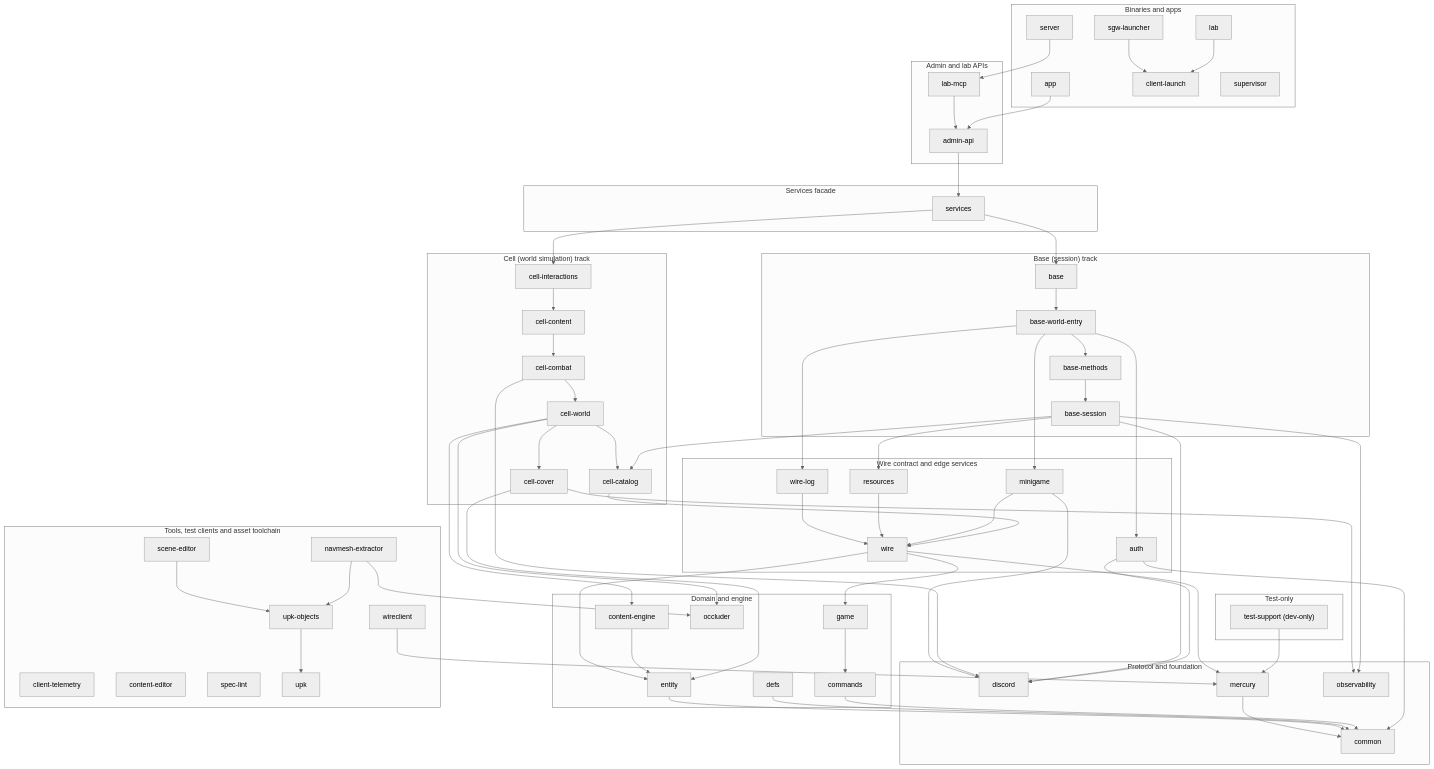
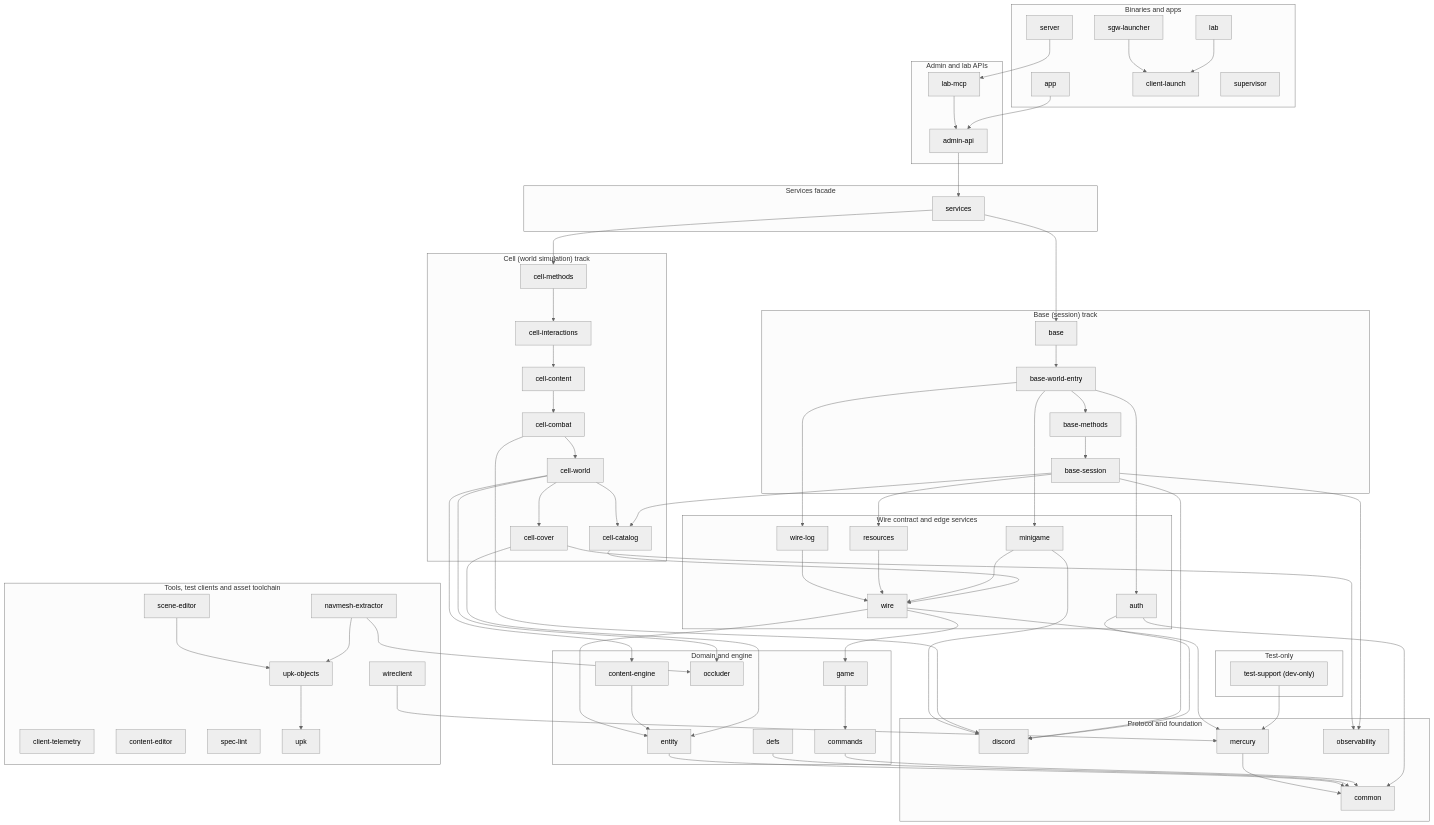
One commit to SandboxServers/Cimmeria changed the diagram in README.md. Above: the diagram before and after it, drawn with Mermaid. The commit also changed other lines of this file and 77 other files, not shown here.

```diff
--- a/README.md
+++ b/README.md
@@ -119,6 +119,7 @@
         cellContent["cell-content"]
         cellCover["cell-cover"]
         cellInteractions["cell-interactions"]
+        cellMethods["cell-methods"]
         cellWorld["cell-world"]
     end
     subgraph grp_base["Base (session) track"]
@@ -182,6 +183,7 @@
     cellCover --> entity
     cellCover --> observability
     cellInteractions --> cellContent
+    cellMethods --> cellInteractions
     cellWorld --> cellCatalog
     cellWorld --> cellCover
     cellWorld --> contentEngine
@@ -202,7 +204,7 @@
     sceneEditor --> upkObjects
     server --> labMcp
     services --> base
-    services --> cellInteractions
+    services --> cellMethods
     testSupport --> mercury
     upkObjects --> upk
     wire --> entity
```
